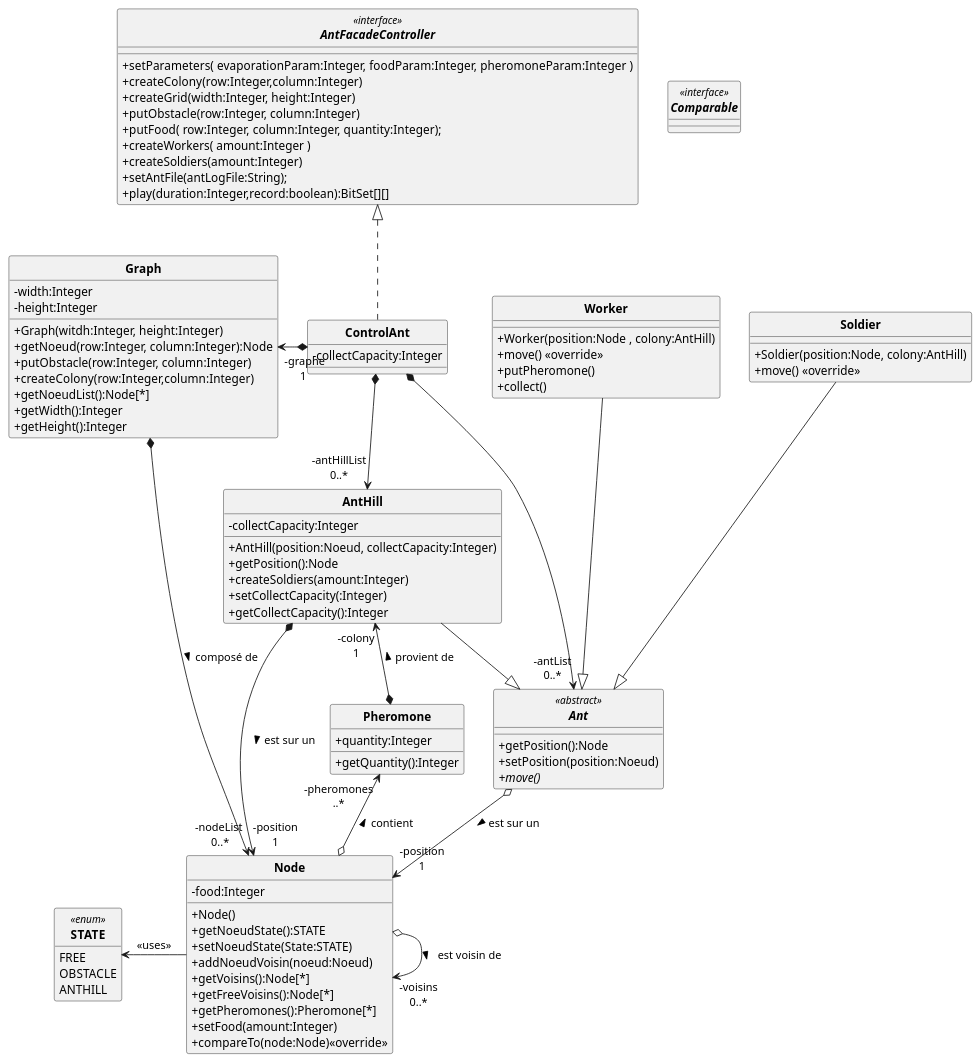
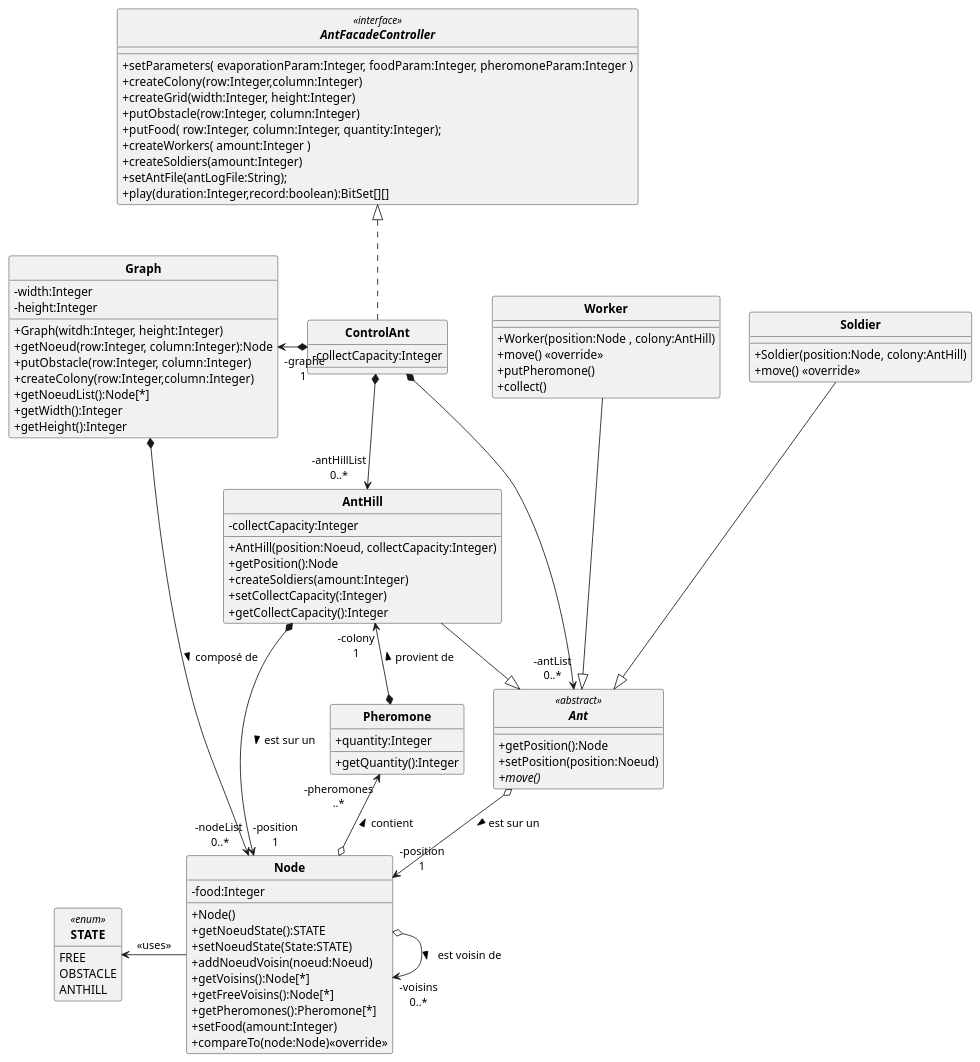
Before and after one commit to ErenMustafaGit/ColonieFourmis: the diagram in src/main/uml/Fourmis_DC.puml, drawn with PlantUML.

Commit message:
suppression de l'interface comparable

```diff
--- a/src/main/uml/Fourmis_DC.puml
+++ b/src/main/uml/Fourmis_DC.puml
@@ -1,125 +1,123 @@
 @startuml
 'https://plantuml.com/sequence-diagram
 allow_mixing
 skinparam style strictuml
 skinparam classAttributeIconSize 0
 skinparam circledCharacterRadius 0
 skinparam circledCharacterFontSize 0
 skinparam classFontStyle Bold
 'autonumber
 hide enum methods
 
 'Controleur
 interface AntFacadeController <<interface>> {
     +setParameters( evaporationParam:Integer, foodParam:Integer, pheromoneParam:Integer )
     +createColony(row:Integer,column:Integer)
     +createGrid(width:Integer, height:Integer)
     +putObstacle(row:Integer, column:Integer)
     +putFood( row:Integer, column:Integer, quantity:Integer);
     +createWorkers( amount:Integer )
     +createSoldiers(amount:Integer)
     +setAntFile(antLogFile:String);
     +play(duration:Integer,record:boolean):BitSet[][]
 }
 
 class Node{
     -food:Integer
     +Node()
     +getNoeudState():STATE
     +setNoeudState(State:STATE)
     +addNoeudVoisin(noeud:Noeud)
     +getVoisins():Node[*]
     +getFreeVoisins():Node[*]
     +getPheromones():Pheromone[*]
     +setFood(amount:Integer)
     +compareTo(node:Node)<<override>>
 }
 
-interface Comparable <<interface>>{
 
-}
 
 enum STATE <<enum>> {
     FREE
     OBSTACLE
     ANTHILL
 }
 
 'class Food{
 '    -amount:Integer
 '    +Food()
 '}
 class Pheromone{
     +quantity:Integer
     +getQuantity():Integer
 }
 
 
 abstract Ant <<abstract>> {
     +getPosition():Node
     +setPosition(position:Noeud)
     {abstract} +move()
 }
 class AntHill{
     -collectCapacity:Integer
     +AntHill(position:Noeud, collectCapacity:Integer)
     +getPosition():Node
     +createSoldiers(amount:Integer)
     +setCollectCapacity(:Integer)
     +getCollectCapacity():Integer
 }
 class Soldier{
     +Soldier(position:Node, colony:AntHill)
     +move() <<override>>
 }
 
 class Worker {
     +Worker(position:Node , colony:AntHill)
     +move() <<override>>
     +putPheromone()
     +collect()
 }
 
 
 class ControlAnt implements AntFacadeController{
     -collectCapacity:Integer
 }
 
 
 class Graph{
  -width:Integer
  -height:Integer
  +Graph(witdh:Integer, height:Integer)
  +getNoeud(row:Integer, column:Integer):Node
  +putObstacle(row:Integer, column:Integer)
  +createColony(row:Integer,column:Integer)
  +getNoeudList():Node[*]
  +getWidth():Integer
  +getHeight():Integer
 }
 
 
 Soldier ---|> Ant
 Worker ---|> Ant
 AntHill --|> Ant
 
 ControlAnt "-graphe\n1 " *-l-> Graph
 ControlAnt  *-r-> "-antList\n0..*" Ant
 ControlAnt  *--> "-antHillList\n0..*" AntHill
 
 Graph *-r-> "-nodeList \n0..*" Node : composé de >
 
 'historique = liste de noeud déjà passé par la fourmi
 '"-position 1\n-historique 0..*"
 Ant o--> "-position\n1" Node  : est sur un >
 AntHill *---> "-position\n1" Node  : est sur un >
 Node o-> "-voisins\n0..*"  Node  : est voisin de >
 
 Node -l-> STATE : <<uses>>
 
 'Ant *-> "-colony\n1" AntHill : provient de >
 Pheromone *-u-> "-colony\n1" AntHill : provient de >
 Node o-u-> "-pheromones\n..*" Pheromone : contient >
 
 
 @enduml
```
